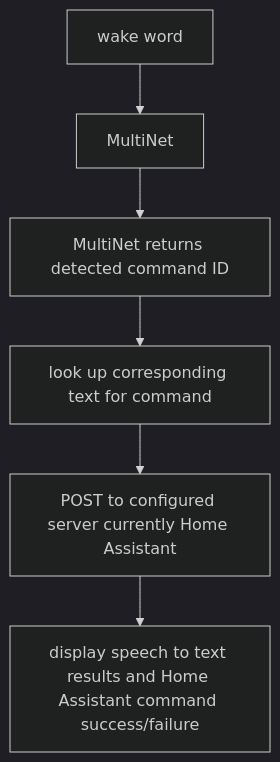
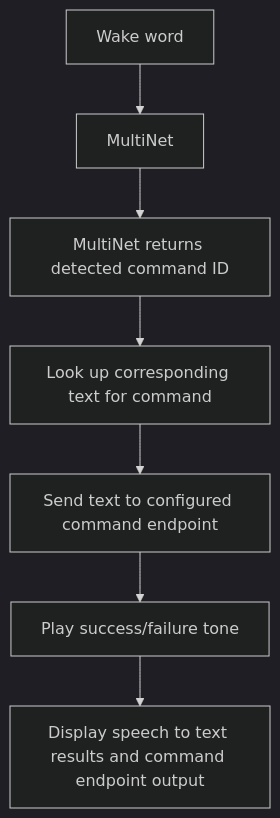
The second of 2 diagrams in docs/how-does-it-work.md (toverainc/willow-docs), drawn with Mermaid (dark theme) before and after one commit. The commit also changed other lines of this file, not shown here.

Commit message:
Update flow diagrams

````diff
--- a/docs/how-does-it-work.md
+++ b/docs/how-does-it-work.md
@@ -46,4 +46,4 @@
 ``` mermaid
 graph TB
- A[wake word] --> B[MultiNet] --> C[MultiNet returns detected command ID] --> D[look up corresponding text for command] --> E[POST to configured server currently Home Assistant] --> F[display speech to text results and Home Assistant command success/failure]
+ A[Wake word] --> B[MultiNet] --> C[MultiNet returns detected command ID] --> D[Look up corresponding text for command] --> E[Send text to configured command endpoint] --> F[Play success/failure tone] --> G[Display speech to text results and command endpoint output]
 ```
````
